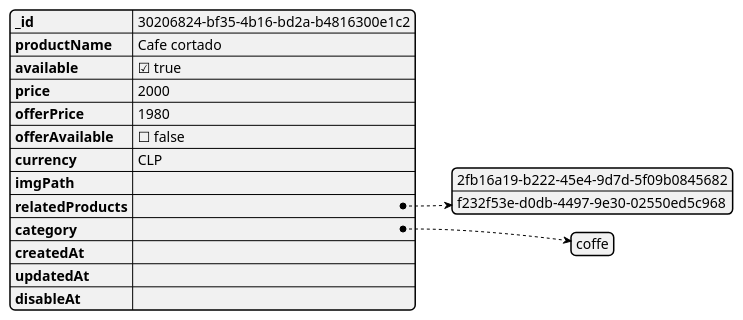
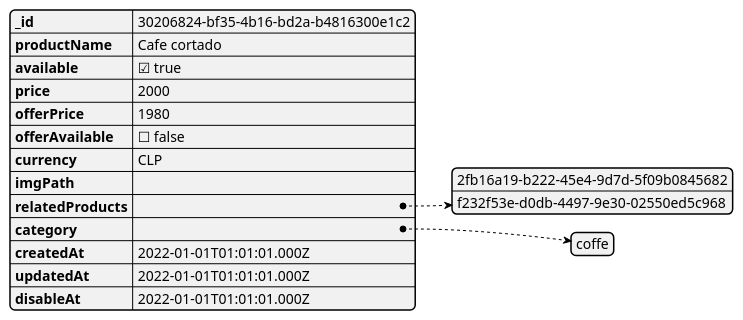
Before and after one commit to icc-dev/vc-project-architecture: the diagram in plantuml/jsons/product.puml, drawn with PlantUML. The commit also changed 8 other files, not shown here.

```diff
--- a/plantuml/jsons/product.puml
+++ b/plantuml/jsons/product.puml
@@ -1,17 +1,17 @@
 @startjson
 {
-"_id": "30206824-bf35-4b16-bd2a-b4816300e1c2",
-"productName": "Cafe cortado",
-"available": true,
-"price": 2000,
-"offerPrice": 1980,
-"offerAvailable": false,
-"currency": "CLP",
-"imgPath": "",
-"relatedProducts": ["2fb16a19-b222-45e4-9d7d-5f09b0845682", "f232f53e-d0db-4497-9e30-02550ed5c968"],
-"category": ["coffe"],
-"createdAt": "",
-"updatedAt": "",
-"disableAt": ""
+    "_id": "30206824-bf35-4b16-bd2a-b4816300e1c2",
+    "productName": "Cafe cortado",
+    "available": true,
+    "price": 2000,
+    "offerPrice": 1980,
+    "offerAvailable": false,
+    "currency": "CLP",
+    "imgPath": "",
+    "relatedProducts": ["2fb16a19-b222-45e4-9d7d-5f09b0845682", "f232f53e-d0db-4497-9e30-02550ed5c968"],
+    "category": ["coffe"],
+    "createdAt": "2022-01-01T01:01:01.000Z",
+    "updatedAt": "2022-01-01T01:01:01.000Z",
+    "disableAt": "2022-01-01T01:01:01.000Z"
 }
 @endjson
```
